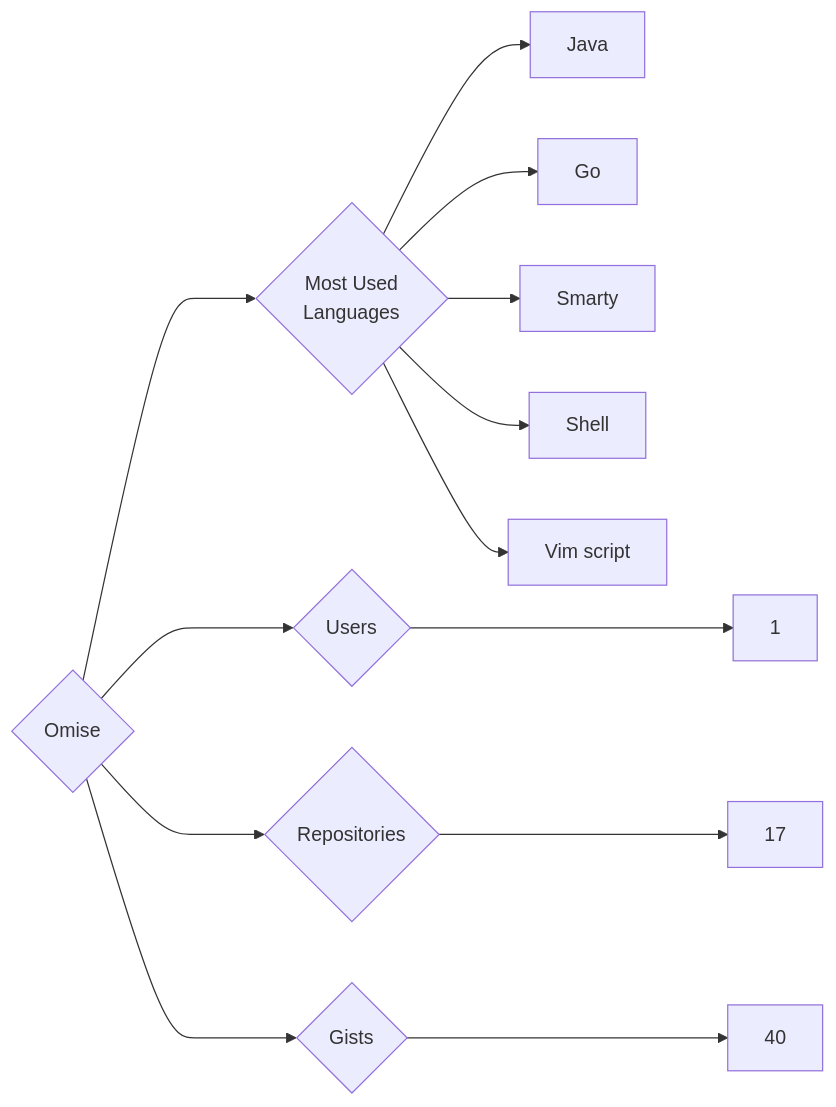
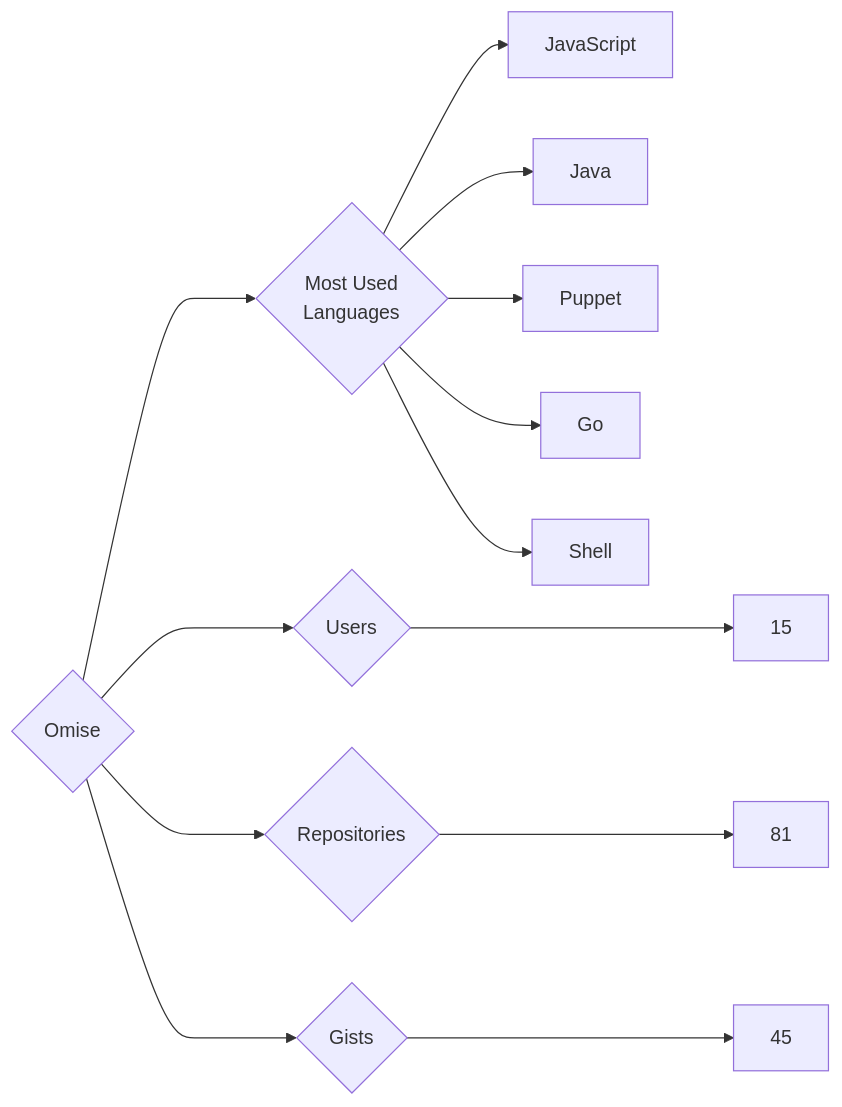
The diagram in targets/Omise/README.md (trickest/insiders), drawn with Mermaid before and after one commit. The commit also changed 973 other files, not shown here.

````diff
--- a/targets/Omise/README.md
+++ b/targets/Omise/README.md
@@ -3,13 +3,13 @@
 ```mermaid
 graph LR
 COMPANY_NAME{Omise}
-COMPANY_NAME ---> U{Users} ---> UN[1]
-COMPANY_NAME ---> R{Repositories} ---> RN[17]
-COMPANY_NAME ---> G{Gists} ---> GN[40]
+COMPANY_NAME ---> U{Users} ---> UN[15]
+COMPANY_NAME ---> R{Repositories} ---> RN[81]
+COMPANY_NAME ---> G{Gists} ---> GN[45]
 COMPANY_NAME ---> ML{Most Used<br>Languages}
+ML --> JavaScript[JavaScript]
 ML --> Java[Java]
+ML --> Puppet[Puppet]
 ML --> Go[Go]
-ML --> Smarty[Smarty]
 ML --> Shell[Shell]
-ML --> Vim_script[Vim script]
 ```
````
